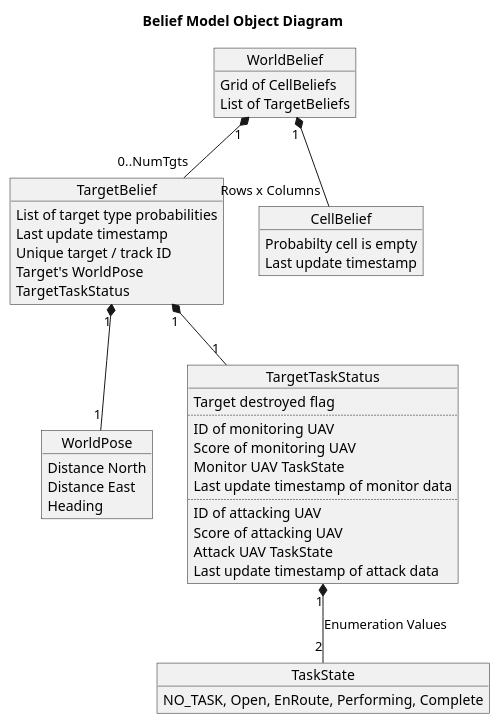
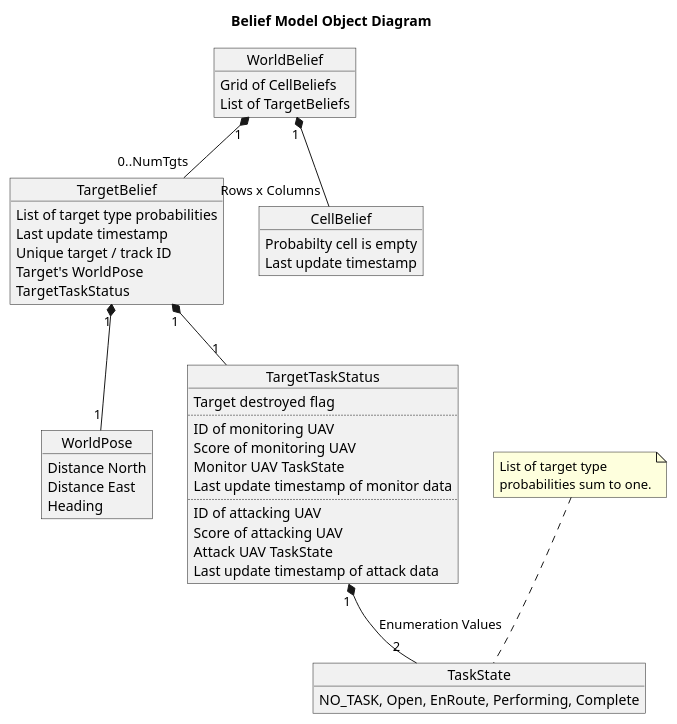
One commit to tansir1/thesis changed the diagram in dissertation/diagrams/belief_object.pu. Above: the diagram before and after it, drawn with PlantUML.

Commit message:
Added noted to belief_object diagram script that target type probs sum to one.

```diff
--- a/dissertation/diagrams/belief_object.pu
+++ b/dissertation/diagrams/belief_object.pu
@@ -1,49 +1,50 @@
 @startuml
 
 title Belief Model Object Diagram
 
 object WorldBelief
 object TargetBelief
 object CellBelief
 object WorldPose
 object TargetTaskStatus
 object TaskState
 
 WorldBelief "1"  *-- "0..NumTgts" TargetBelief
 WorldBelief "1"  *-- "Rows x Columns" CellBelief
 
 TargetBelief "1" *-- "1" WorldPose
 TargetBelief "1" *-- "1" TargetTaskStatus
 TargetTaskStatus "1" *-- "2" TaskState : Enumeration Values
 
 WorldBelief : Grid of CellBeliefs
 WorldBelief : List of TargetBeliefs
 
 CellBelief : Probabilty cell is empty
 CellBelief : Last update timestamp
 
 TargetBelief : List of target type probabilities
 TargetBelief : Last update timestamp
 TargetBelief : Unique target / track ID
 TargetBelief : Target's WorldPose
 TargetBelief : TargetTaskStatus
+note top: List of target type\nprobabilities sum to one.
 
 WorldPose : Distance North
 WorldPose : Distance East
 WorldPose : Heading
 
 TargetTaskStatus : Target destroyed flag
 TargetTaskStatus : ..
 TargetTaskStatus : ID of monitoring UAV
 TargetTaskStatus : Score of monitoring UAV
 TargetTaskStatus : Monitor UAV TaskState
 TargetTaskStatus : Last update timestamp of monitor data
 TargetTaskStatus : ..
 TargetTaskStatus : ID of attacking UAV
 TargetTaskStatus : Score of attacking UAV
 TargetTaskStatus : Attack UAV TaskState
 TargetTaskStatus : Last update timestamp of attack data
 
 TaskState : NO_TASK, Open, EnRoute, Performing, Complete
 
 @enduml
```
